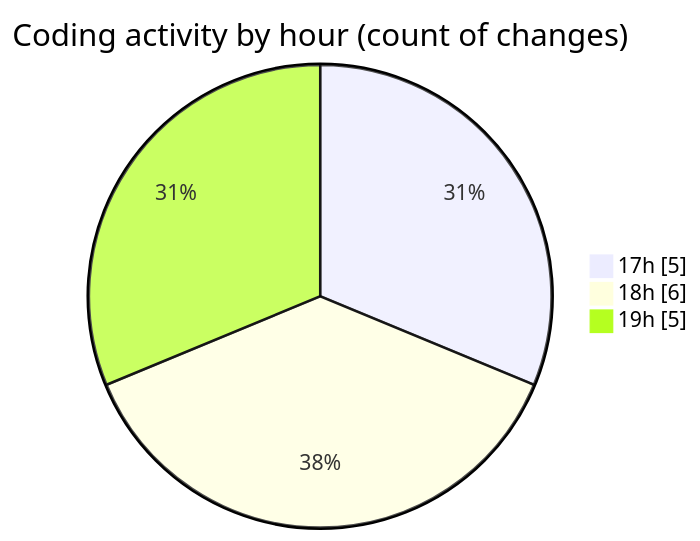
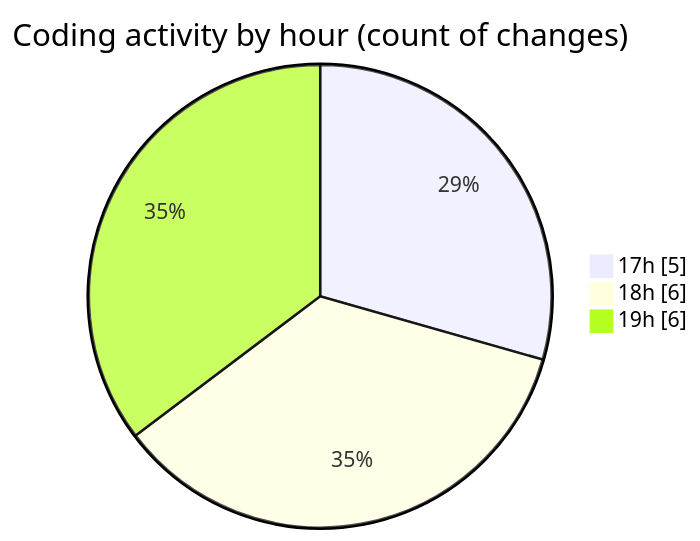
The second of 2 diagrams in 2026-02-01/singularitybrainai/README.md (tmsrecording-cyber/code-tracking), drawn with Mermaid before and after one commit. The commit also changed other lines of this file and 1 other file, not shown here.

````diff
--- a/2026-02-01/singularitybrainai/README.md
+++ b/2026-02-01/singularitybrainai/README.md
@@ -31,7 +33,7 @@
 ```mermaid
 pie showData
 title Coding activity by hour (count of changes)
 "17h" : 5
 "18h" : 6
-"19h" : 5
+"19h" : 6
 ```
````
